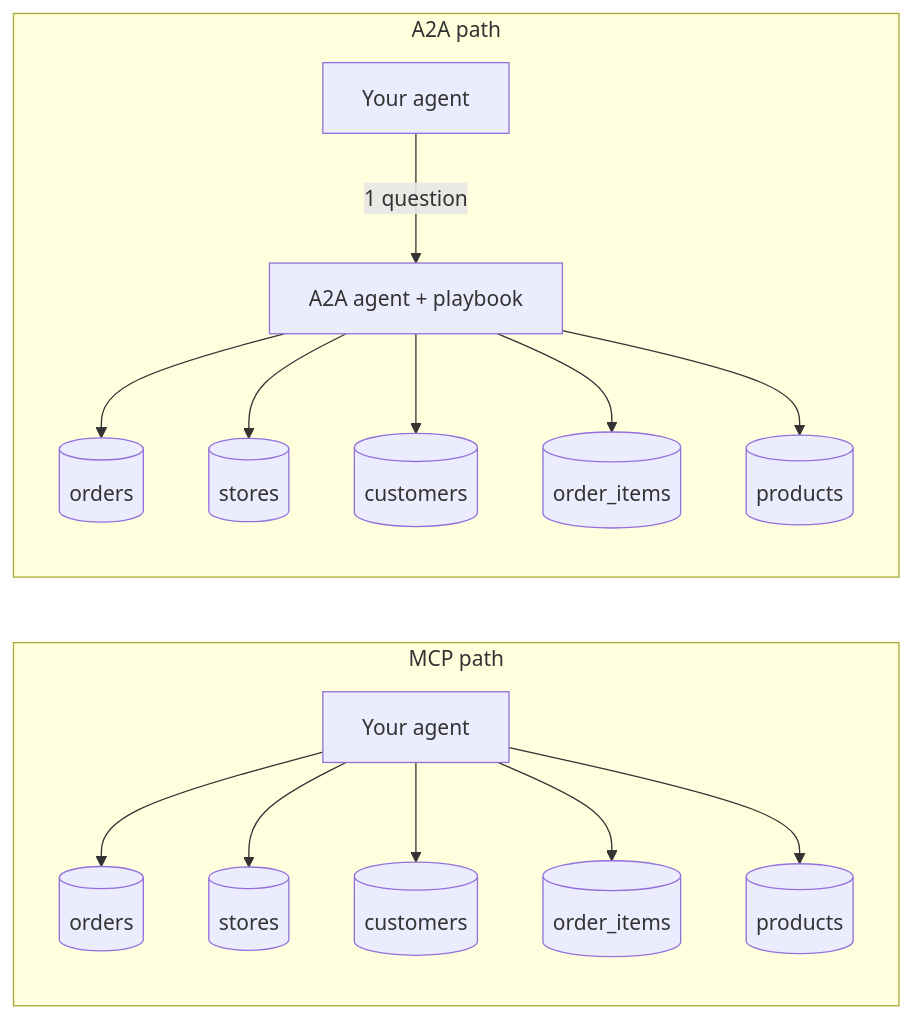
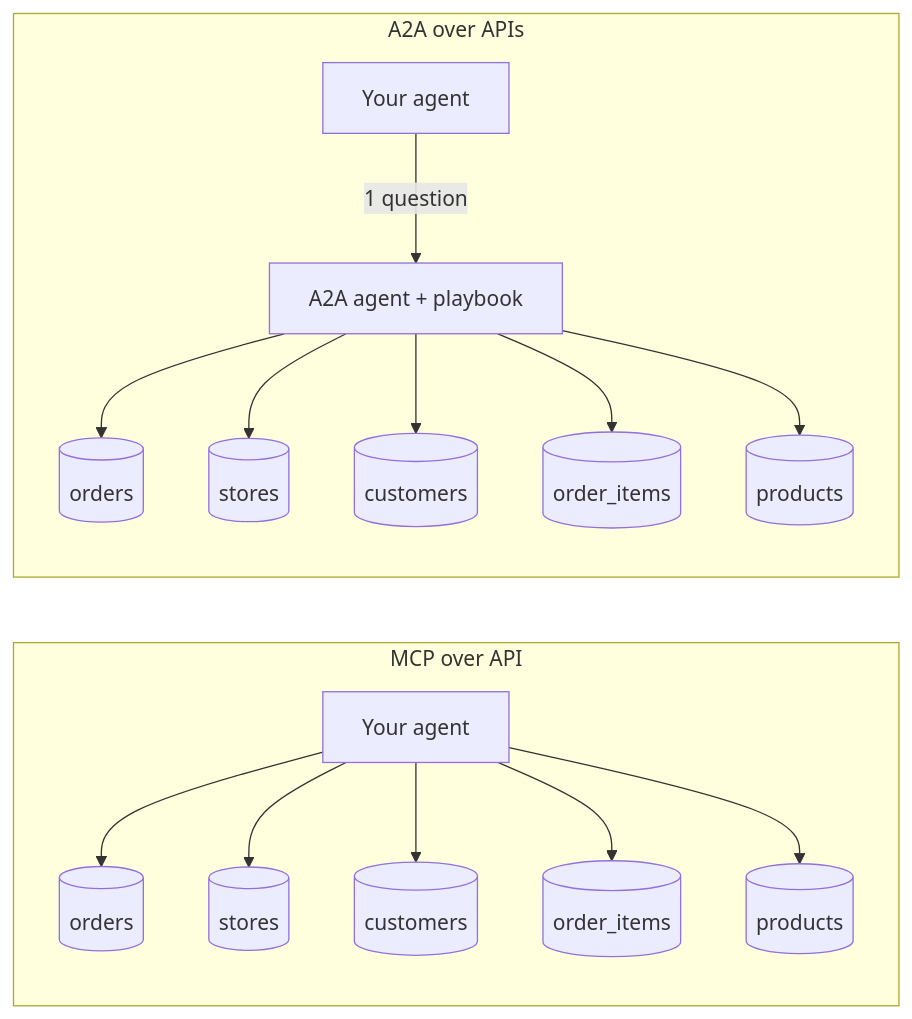
One commit to msampathkumar/a2a-mcp-warehouse-demo changed the diagram in docs/blog.md. Above: the diagram before and after it, drawn with Mermaid. The commit also changed other lines of this file and 27 other files, not shown here.

Commit message:
docs: rename compared paths to "MCP over API" and "A2A over APIs"; update README takeaway

````diff
--- a/docs/blog.md
+++ b/docs/blog.md
@@ -19,10 +19,10 @@
 ```mermaid
 flowchart LR
-  subgraph MCP["MCP path"]
+  subgraph MCP["MCP over API"]
     U1[Your agent] --> M1[(orders)] & M2[(stores)] & M3[(customers)] & M4[(order_items)] & M5[(products)]
   end
-  subgraph A2A["A2A path"]
+  subgraph A2A["A2A over APIs"]
     U2[Your agent] -->|1 question| R[A2A agent + playbook]
     R --> N1[(orders)] & N2[(stores)] & N3[(customers)] & N4[(order_items)] & N5[(products)]
   end
 ```
````
